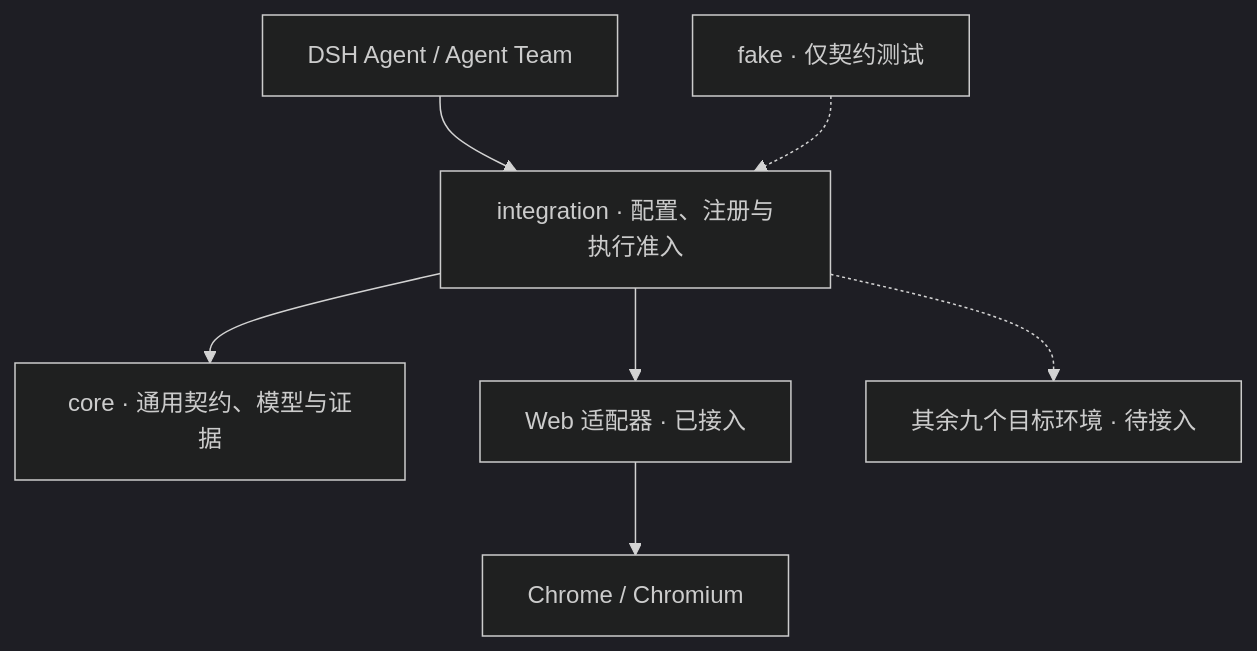
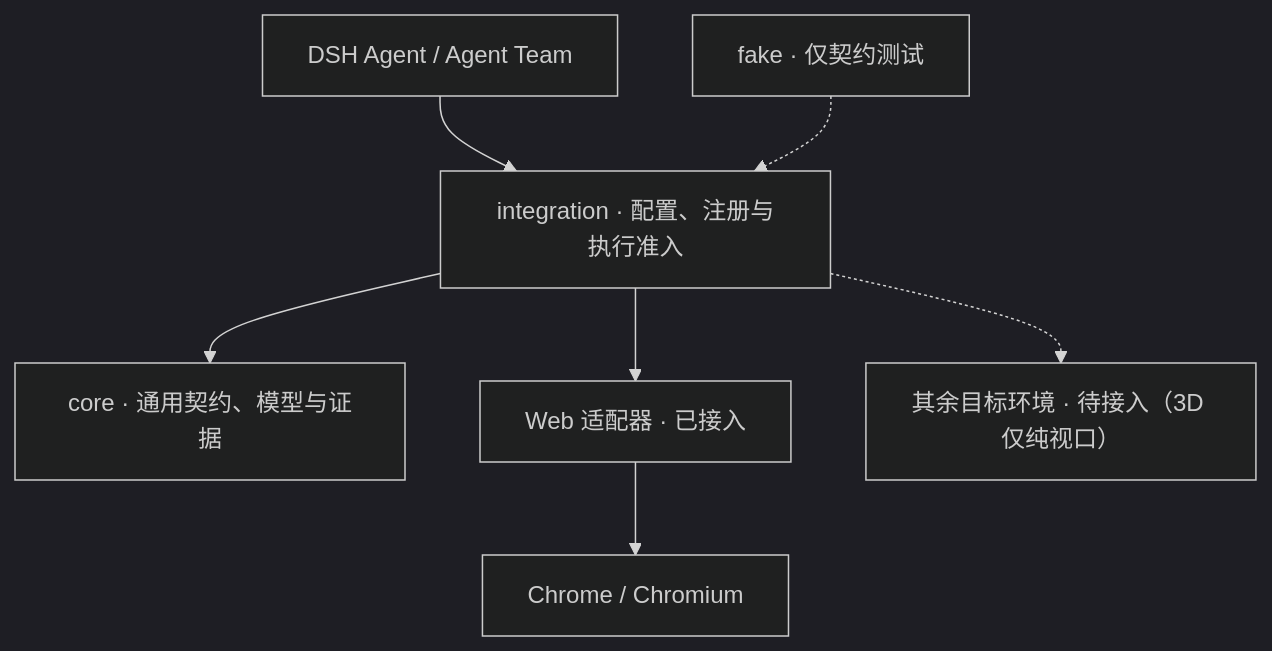
The diagram in README_zh.md (bloodarea/dsh-agent-team-ui-testing), drawn with Mermaid (dark theme) before and after one commit. The commit also changed other lines of this file and 3 other files, not shown here.

````diff
--- a/README_zh.md
+++ b/README_zh.md
@@ -65,9 +65,9 @@
 ```mermaid
 flowchart TB
     A["DSH Agent / Agent Team"] --> I["integration · 配置、注册与执行准入"]
     I --> C["core · 通用契约、模型与证据"]
     I --> W["Web 适配器 · 已接入"]
-    I -.-> N["其余九个目标环境 · 待接入"]
+    I -.-> N["其余目标环境 · 待接入（3D 仅纯视口）"]
     W --> R["Chrome / Chromium"]
     F["fake · 仅契约测试"] -.-> I
 ```
````
